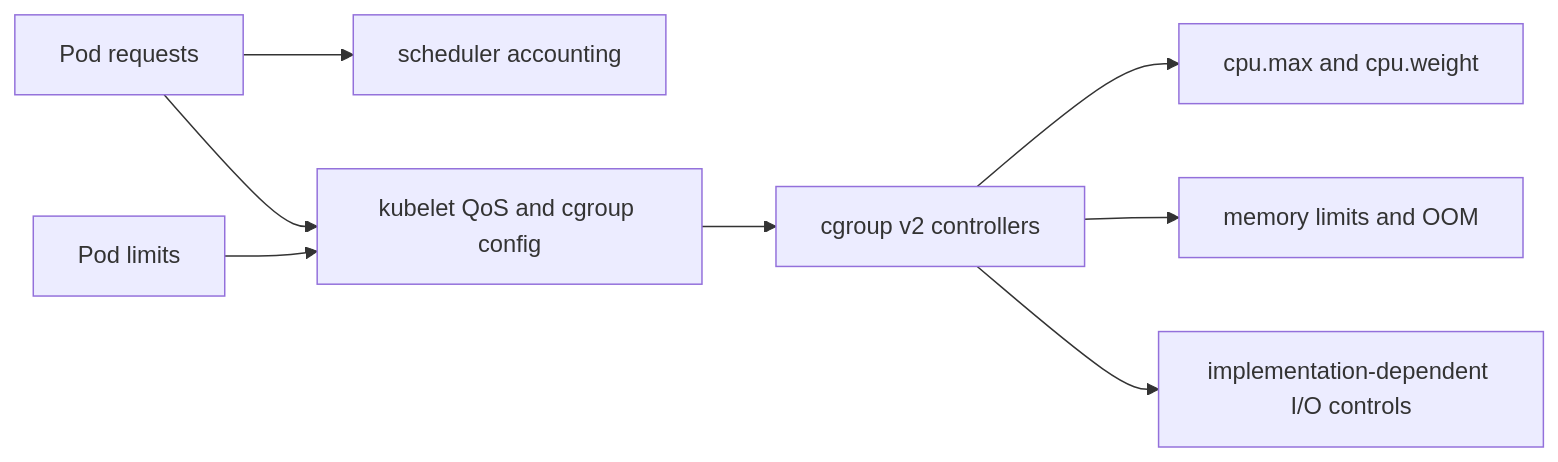
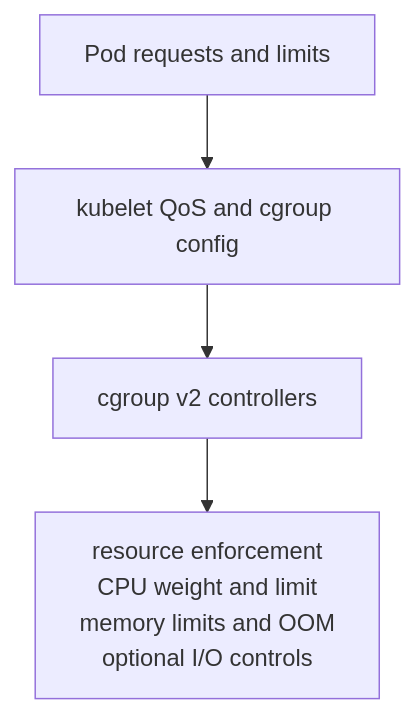
The second of 2 diagrams in core/k8s/resources.md (searge/deck), drawn with Mermaid before and after one commit. The commit also changed other lines of this file and 27 other files, not shown here.

````diff
--- a/core/k8s/resources.md
+++ b/core/k8s/resources.md
@@ -40,10 +47,6 @@
 ```mermaid
-flowchart LR
-    S[Pod requests] --> SCH[scheduler accounting]
-    S --> K[kubelet QoS and cgroup config]
-    L[Pod limits] --> K
+flowchart TB
+    R[Pod requests and limits] --> K[kubelet QoS and cgroup config]
     K --> CG[cgroup v2 controllers]
-    CG --> CPU[cpu.max and cpu.weight]
-    CG --> MEM[memory limits and OOM]
-    CG --> IO[implementation-dependent I/O controls]
+    CG --> E["resource enforcement<br/>CPU weight and limit<br/>memory limits and OOM<br/>optional I/O controls"]
 ```
````
